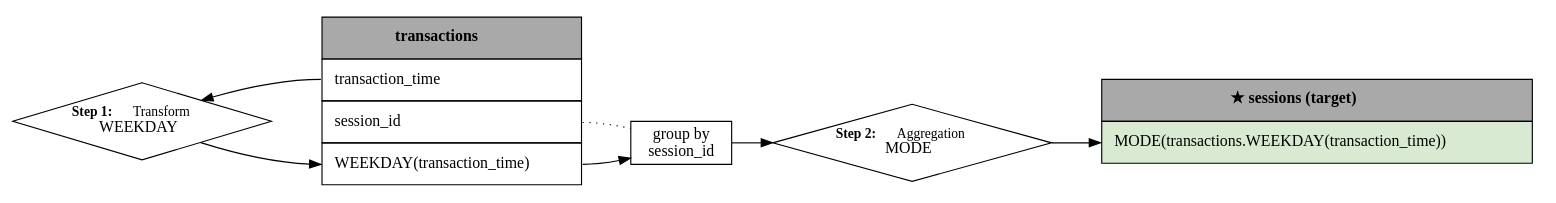
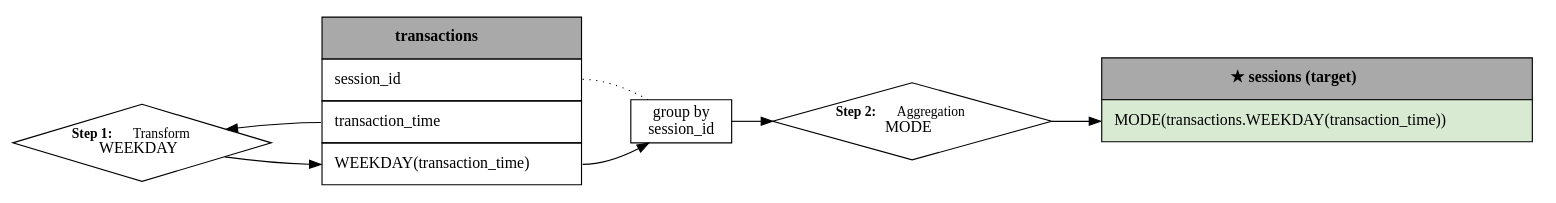
The diagram in docs/source/getting_started/graphs/demo_feat.dot (alteryx/featuretools), drawn with Graphviz before and after one commit. The commit also changed 1 other file, not shown here.

```diff
--- a/docs/source/getting_started/graphs/demo_feat.dot
+++ b/docs/source/getting_started/graphs/demo_feat.dot
@@ -1,71 +1,71 @@
 digraph "MODE(transactions.WEEKDAY(transaction_time))" {
 	graph [bb="0,0,1212.7,152",
 		rankdir=LR
 	];
 	node [label="\N",
 		shape=box
 	];
 	edge [arrowhead=none,
 		dir=forward,
 		style=dotted
 	];
 	{
 		graph [rank=min];
 		"1_WEEKDAY(transaction_time)_weekday"	[height=0.94444,
 			label=<<FONT POINT-SIZE="12"><B>Step 1:</B>   Transform<BR></BR></FONT>WEEKDAY>,
-			pos="108.69,58",
+			pos="108.69,40",
 			shape=diamond,
 			width=3.0192];
 	}
 	sessions	[height=1.1806,
 		label=<
 <TABLE BORDER="0" CELLBORDER="1" CELLSPACING="0" CELLPADDING="10">
     <TR>
         <TD colspan="1" bgcolor="#A9A9A9"><B>★ sessions (target)</B></TD>
     </TR>
     <TR>
         <TD ALIGN="LEFT" port="MODE(transactions.WEEKDAY(transaction_time))" BGCOLOR="#D9EAD3">MODE(transactions.WEEKDAY(transaction_time))</TD>
     </TR>
 </TABLE>>,
-		pos="1047.2,61",
+		pos="1047.2,79",
 		shape=plaintext,
 		width=4.5972];
 	transactions	[height=2.1111,
 		label=<
 <TABLE BORDER="0" CELLBORDER="1" CELLSPACING="0" CELLPADDING="10">
     <TR>
         <TD colspan="1" bgcolor="#A9A9A9"><B>transactions</B></TD>
-    </TR><TR><TD ALIGN="LEFT" port="transaction_time">transaction_time</TD></TR>
-<TR><TD ALIGN="LEFT" port="session_id">session_id</TD></TR>
+    </TR><TR><TD ALIGN="LEFT" port="session_id">session_id</TD></TR>
+<TR><TD ALIGN="LEFT" port="transaction_time">transaction_time</TD></TR>
 <TR><TD ALIGN="LEFT" port="WEEKDAY(transaction_time)">WEEKDAY(transaction_time)</TD></TR>
 </TABLE>>,
 		pos="358.38,76",
 		shape=plaintext,
 		width=2.9167];
 	transactions:transaction_time -> "1_WEEKDAY(transaction_time)_weekday"	[arrowhead="",
-		pos="e,159.9,76.211 260.38,94 229.96,94 197,86.972 169.69,79.127",
+		pos="e,179.63,51.856 260.38,58 237.31,58 212.4,55.895 189.6,53.125",
 		style=solid];
 	"MODE(transactions.WEEKDAY(transaction_time))_groupby_transactions--session_id"	[height=0.5,
 		label="group by
 session_id",
-		pos="536.55,40",
+		pos="536.55,58",
 		width=1.0325];
 	transactions:"WEEKDAY(transaction_time)" -> "MODE(transactions.WEEKDAY(transaction_time))_groupby_transactions--session_id"	[arrowhead="",
-		pos="e,499.28,28.195 456.38,22 467.17,22 478.58,23.609 489.28,25.865",
+		pos="e,510.11,39.789 456.38,22 471.96,22 487.84,27.849 501.25,34.832",
 		style=solid];
-	transactions:session_id -> "MODE(transactions.WEEKDAY(transaction_time))_groupby_transactions--session_id"	[pos="456.38,58 470.62,58 485.94,55.198 499.28,51.805"];
+	transactions:session_id -> "MODE(transactions.WEEKDAY(transaction_time))_groupby_transactions--session_id"	[pos="456.38,94 475.55,94 495.19,85.14 510.11,76.211"];
 	"0_MODE(transactions.WEEKDAY(transaction_time))_mode"	[height=0.94444,
 		label=<<FONT POINT-SIZE="12"><B>Step 2:</B>   Aggregation<BR></BR></FONT>MODE>,
-		pos="727.71,40",
+		pos="727.71,58",
 		shape=diamond,
 		width=3.2776];
 	"0_MODE(transactions.WEEKDAY(transaction_time))_mode" -> sessions:"MODE(transactions.WEEKDAY(transaction_time))"	[arrowhead="",
-		pos="e,889.21,40 845.73,40 856.82,40 867.99,40 878.87,40",
+		pos="e,889.21,58 845.73,58 856.82,58 867.99,58 878.87,58",
 		style=solid];
 	"1_WEEKDAY(transaction_time)_weekday" -> transactions:"WEEKDAY(transaction_time)"	[arrowhead="",
-		pos="e,260.38,22 159.9,39.789 186.04,31.732 219,23.731 250.29,22.245",
+		pos="e,260.38,22 179.63,28.144 201.82,25.195 226.73,22.703 250.35,22.126",
 		style=solid];
 	"MODE(transactions.WEEKDAY(transaction_time))_groupby_transactions--session_id" -> "0_MODE(transactions.WEEKDAY(transaction_time))_mode"	[arrowhead="",
-		pos="e,609.69,40 574.02,40 581.83,40 590.49,40 599.62,40",
+		pos="e,609.69,58 574.02,58 581.83,58 590.49,58 599.62,58",
 		style=solid];
 }
```
